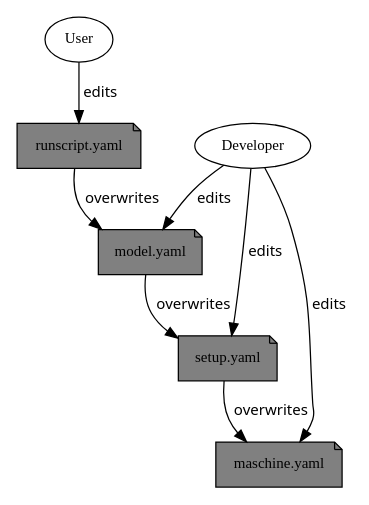
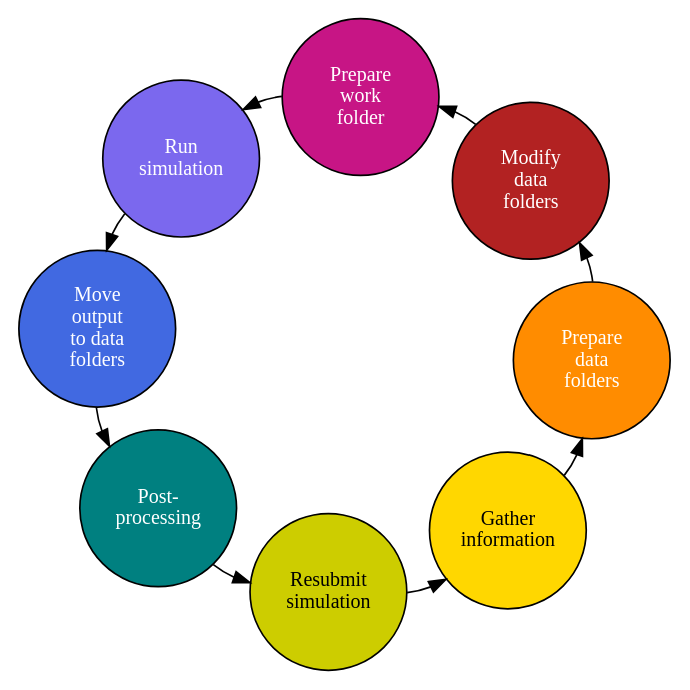
One commit to esm-tools/esm_tools changed the diagram in docs/esm_runscripts.rst. Above: the diagram before and after it, drawn with Graphviz. The commit also changed other lines of this file and 2 other files, not shown here.

Commit message:
Added section for yaml file hierarchy graph. Added draft for a graph for job phases.

```diff
--- a/docs/esm_runscripts.rst
+++ b/docs/esm_runscripts.rst
@@ -67,30 +67,35 @@
 .. graphviz::
-    :name: sphinx.ext.graphviz
-    :caption: ESM-Tools filetype hierachy
-    :alt: ESM-Tools filetype hierachy
+    :name: job_phayses
+    :caption: ESM-Tools job phases
+    :alt: ESM-Tools job phases
     :align: center
 
-     digraph "file_hierachy" {
-         size="6,4";
-         graph [fontname="Verdana", fontsize="12"];
-         node [fontname="Verdana", fontsize="12"];
+     digraph "job_phases" {
+         size="18,8";
+         layout=neato 
+         epsilon=.0000001;
+         graph [fontname="Verdana bold", fontsize="10"];
+         node [fontname="Arial bold", fontsize="12", shape="box", fontcolor="white"];
          edge [fontname="Sans", fontsize="12"];
-         rankdir="TB";
+         splines="curved"
+         rankdir="BT";
+         overlap=scale;
 
-         runscript [label="runscript.yaml", shape="note", fillcolor="gray", style=filled];
-         model_file [label="model.yaml", shape="note", fontcolor=black, fillcolor="gray", style=filled];
-         setup_file [label="setup.yaml", shape="note", fillcolor=gray, style=filled];
-         maschine_file [label="maschine.yaml", shape="note", fillcolor=gray, style=filled];
-         user [label="User"];
+         gather [label="Gather\n information", shape="circle", fillcolor="gold", fontcolor="black", style=filled, width=1.3];
+         prepare1 [label="Prepare\n data\n folders", shape="circle", fillcolor="darkorange", style=filled, width=1.3];
+         modify [label="Modify\n data\n folders", shape="circle", fillcolor="firebrick", style=filled, width=1.3];
+         prepare2 [label="Prepare\n work\n folder", shape="circle", fillcolor="mediumvioletred", style=filled, width=1.3];
+         run [label="Run\n simulation", shape="circle", fillcolor="mediumslateblue", style=filled, width=1.3];
+         tidy [label="Move\n output\n to data\n folders", shape="circle", fillcolor="royalblue", style=filled, width=1.3];
+         post [label="Post-\nprocessing", shape="circle", fillcolor="teal", style=filled, width=1.3];
+         resubmit [label="Resubmit\n simulation", shape="circle", fillcolor="yellow3", fontcolor="black", style=filled, width=1.3];
 
-         setup_file -> maschine_file [label=" overwrites "];
-         model_file -> setup_file [label=" overwrites "];
-         runscript -> model_file [label=" overwrites "];
-
-         user -> runscript [label=" edits "];
-         developer [label="Developer"];
-         developer -> maschine_file [label=" edits "]; 
-         developer -> setup_file [label=" edits "];
-         developer -> model_file [label=" edits "];
-
+         gather -> prepare1 [label="", len=1., headport=c];
+         prepare1 -> modify [label="", len=1., headport=c];
+         modify -> prepare2 [label="", len=1.];
+         prepare2 -> run [label="", len=1.];
+         run -> tidy [label="", len=1.];
+         tidy -> post [label="", len=1.];
+         post -> resubmit [label="", len=1.];
+         resubmit -> gather [label="", len=1.];
      }
```
